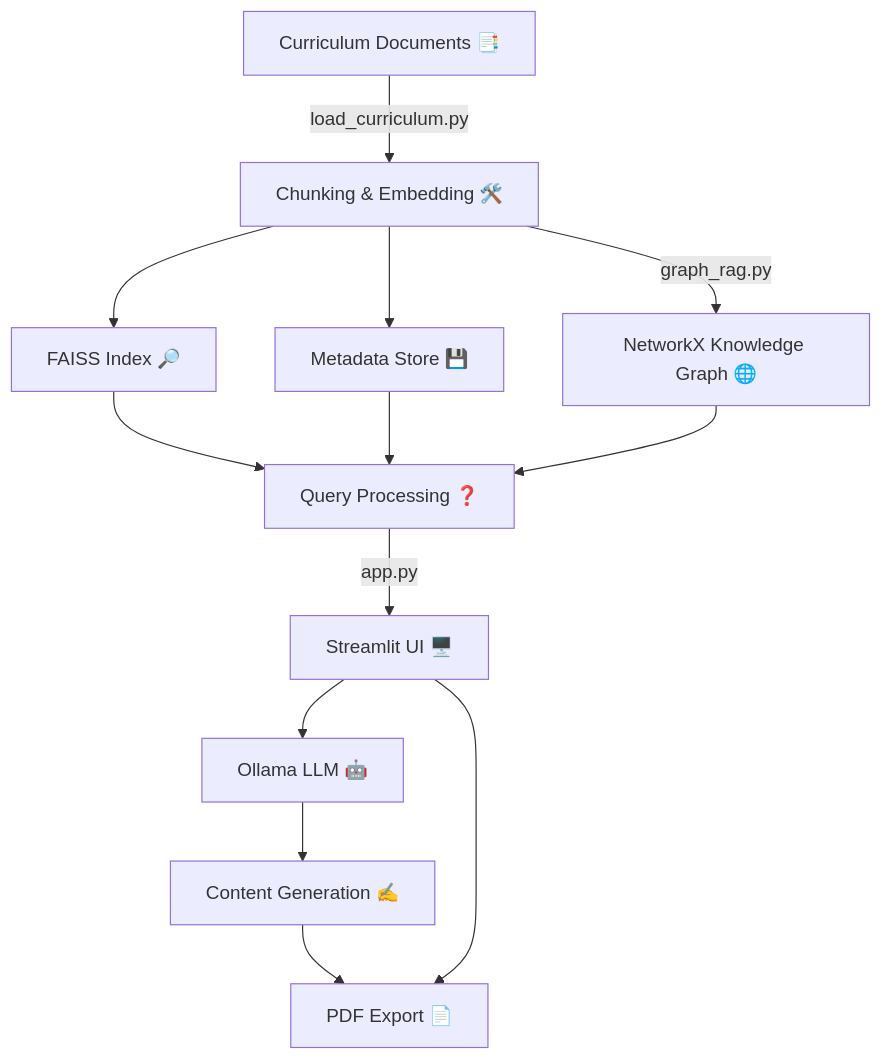
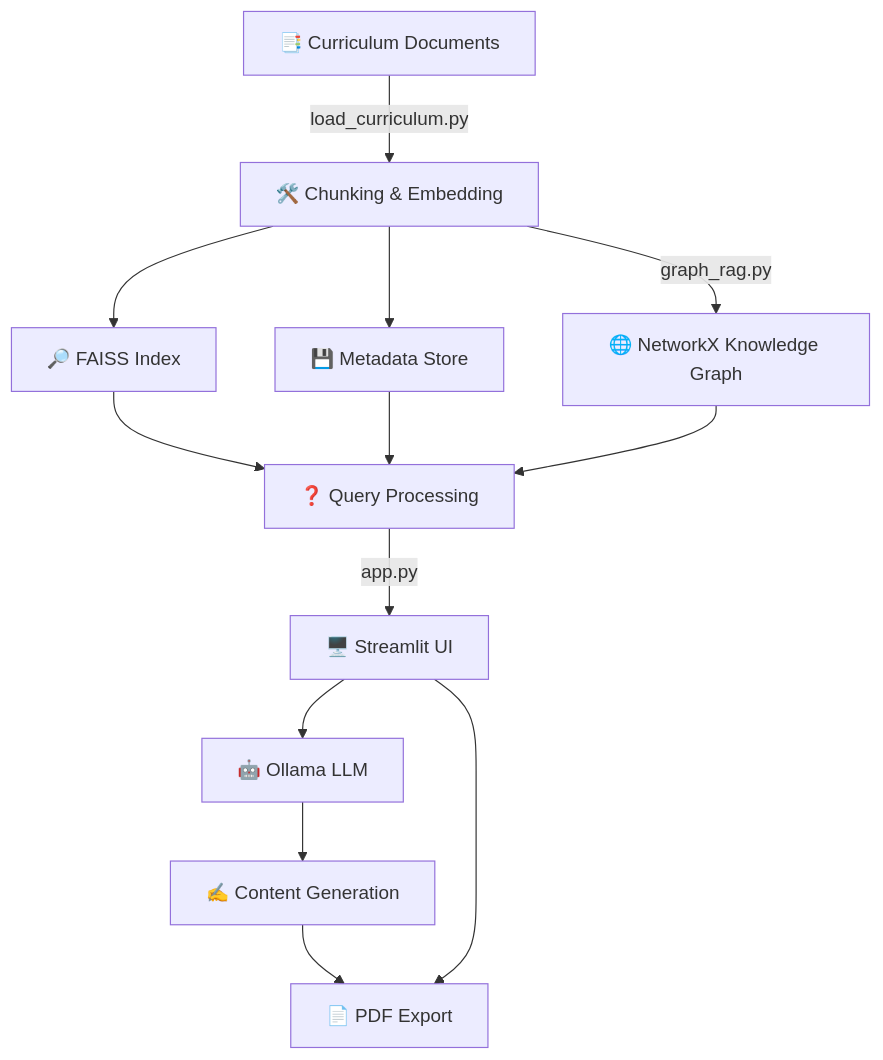
The diagram in README.MD (Logulokesh/KinAI-ScholarKit), drawn with Mermaid before and after one commit. The commit also changed other lines of this file, not shown here.

````diff
--- a/README.MD
+++ b/README.MD
@@ -18,15 +35,15 @@
 ```mermaid
 graph TD
-    A[Curriculum Documents 📑] -->|load_curriculum.py| B[Chunking & Embedding 🛠️]
-    B --> C[FAISS Index 🔎]
-    B --> D[Metadata Store 💾]
-    B -->|graph_rag.py| E[NetworkX Knowledge Graph 🌐]
-    C --> F[Query Processing ❓]
+    A[📑 Curriculum Documents] -->|load_curriculum.py| B[🛠️ Chunking & Embedding]
+    B --> C[🔎 FAISS Index]
+    B --> D[💾 Metadata Store]
+    B -->|graph_rag.py| E[🌐 NetworkX Knowledge Graph]
+    C --> F[❓ Query Processing]
     D --> F
     E --> F
-    F -->|app.py| G[Streamlit UI 🖥️]
-    G --> H[Ollama LLM 🤖]
-    H --> I[Content Generation ✍️]
-    I --> J[PDF Export 📄]
+    F -->|app.py| G[🖥️ Streamlit UI]
+    G --> H[🤖 Ollama LLM]
+    H --> I[✍️ Content Generation]
+    I --> J[📄 PDF Export]
     G --> J
 ```
````
